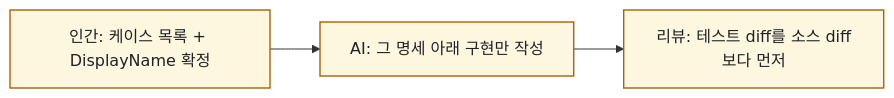
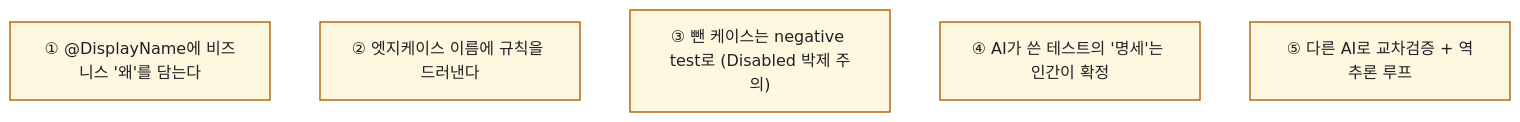
The third of 3 diagrams in content/blog/test-code-as-executable-prompt.md (DBhyeong/DBhyeong.github.io), drawn with Mermaid before and after one commit. The commit also changed other lines of this file and 4 other files, not shown here.

````diff
--- a/content/blog/test-code-as-executable-prompt.md
+++ b/content/blog/test-code-as-executable-prompt.md
@@ -102,6 +103,9 @@
 ```mermaid
-flowchart LR
+flowchart TB
   classDef s fill:#fef7e0,stroke:#b06000,stroke-width:1.4px,color:#202124
-  H1["인간: 케이스 목록 + DisplayName 확정"]:::s --> A1["AI: 그 명세 아래 구현만 작성"]:::s
-  A1 --> R1["리뷰: 테스트 diff를 소스 diff보다 먼저"]:::s
+  P1["① @DisplayName에 비즈니스 '왜'를 담는다"]:::s
+  P2["② 엣지케이스 이름에 규칙을 드러낸다"]:::s
+  P3["③ 뺀 케이스는 negative test로 (Disabled 박제 주의)"]:::s
+  P4["④ AI가 쓴 테스트의 '명세'는 인간이 확정"]:::s
+  P5["⑤ 다른 AI로 교차검증 + 역추론 루프"]:::s
 ```
````
